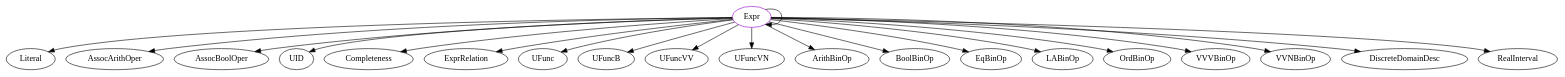
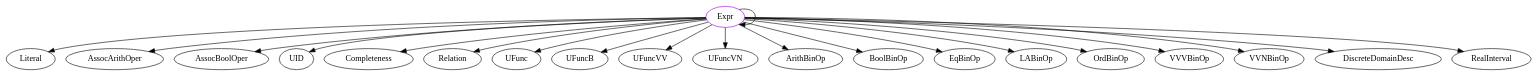
The diagram in analysis/TypeDependencyGraphs/lang/Expr.dot (JacquesCarette/Drasil), drawn with Graphviz before and after one commit. The commit also changed 111 other files, not shown here.

```diff
--- a/analysis/TypeDependencyGraphs/lang/Expr.dot
+++ b/analysis/TypeDependencyGraphs/lang/Expr.dot
@@ -1,23 +1,23 @@
 digraph expr{
 Expr	[shape=oval, color=darkviolet, label="Expr"];
 Expr -> Literal;
 Expr -> Expr;
 Expr -> AssocArithOper;
 Expr -> AssocBoolOper;
 Expr -> UID;
 Expr -> Completeness;
-Expr -> ExprRelation;
+Expr -> Relation;
 Expr -> UFunc;
 Expr -> UFuncB;
 Expr -> UFuncVV;
 Expr -> UFuncVN;
 Expr -> ArithBinOp;
 Expr -> BoolBinOp;
 Expr -> EqBinOp;
 Expr -> LABinOp;
 Expr -> OrdBinOp;
 Expr -> VVVBinOp;
 Expr -> VVNBinOp;
 Expr -> DiscreteDomainDesc;
 Expr -> RealInterval;
 }
```
